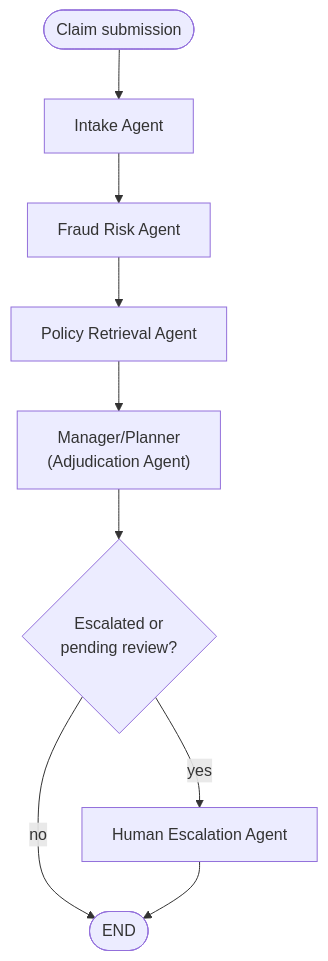
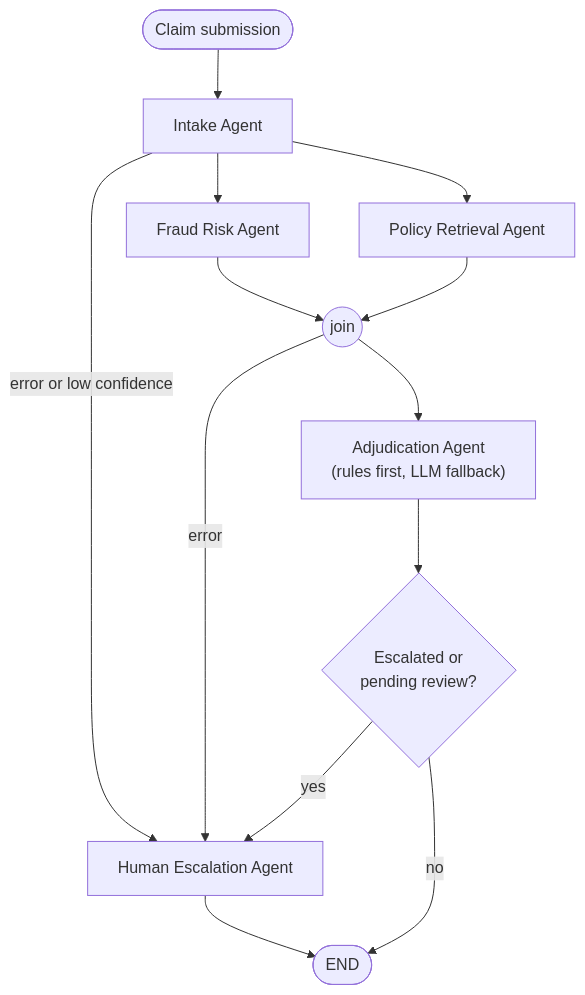
One commit to OmarMohamed7/claims-triage changed the diagram in README.md. Above: the diagram before and after it, drawn with Mermaid. The commit also changed other lines of this file and 11 other files, not shown here.

````diff
--- a/README.md
+++ b/README.md
@@ -9,20 +9,22 @@
 ```mermaid
 flowchart TD
-    Submission(["Claim submission"]) --> Intake
+    Submission(["Claim submission"]) --> Intake["Intake Agent"]
 
-    Intake["Intake Agent"] --> FraudRisk
+    Intake -->|"error or low confidence"| HumanEsc
+    Intake --> FraudRisk["Fraud Risk Agent"]
+    Intake --> PolicyRetrieval["Policy Retrieval Agent"]
 
-    FraudRisk["Fraud Risk Agent"] --> PolicyRetrieval
+    FraudRisk --> Join(("join"))
+    PolicyRetrieval --> Join
 
-    PolicyRetrieval["Policy Retrieval Agent"] --> Adjudication
+    Join -->|"error"| HumanEsc
+    Join --> Adjudication["Adjudication Agent
+    (rules first, LLM fallback)"]
 
-    Adjudication["Manager/Planner
-    (Adjudication Agent)"] --> StatusCheck
-
-    StatusCheck{"Escalated or
+    Adjudication --> StatusCheck{"Escalated or
     pending review?"}
-    StatusCheck -->|yes| HumanEsc
+    StatusCheck -->|yes| HumanEsc["Human Escalation Agent"]
     StatusCheck -->|no| End(["END"])
 
-    HumanEsc["Human Escalation Agent"] --> End
+    HumanEsc --> End
 ```
````
